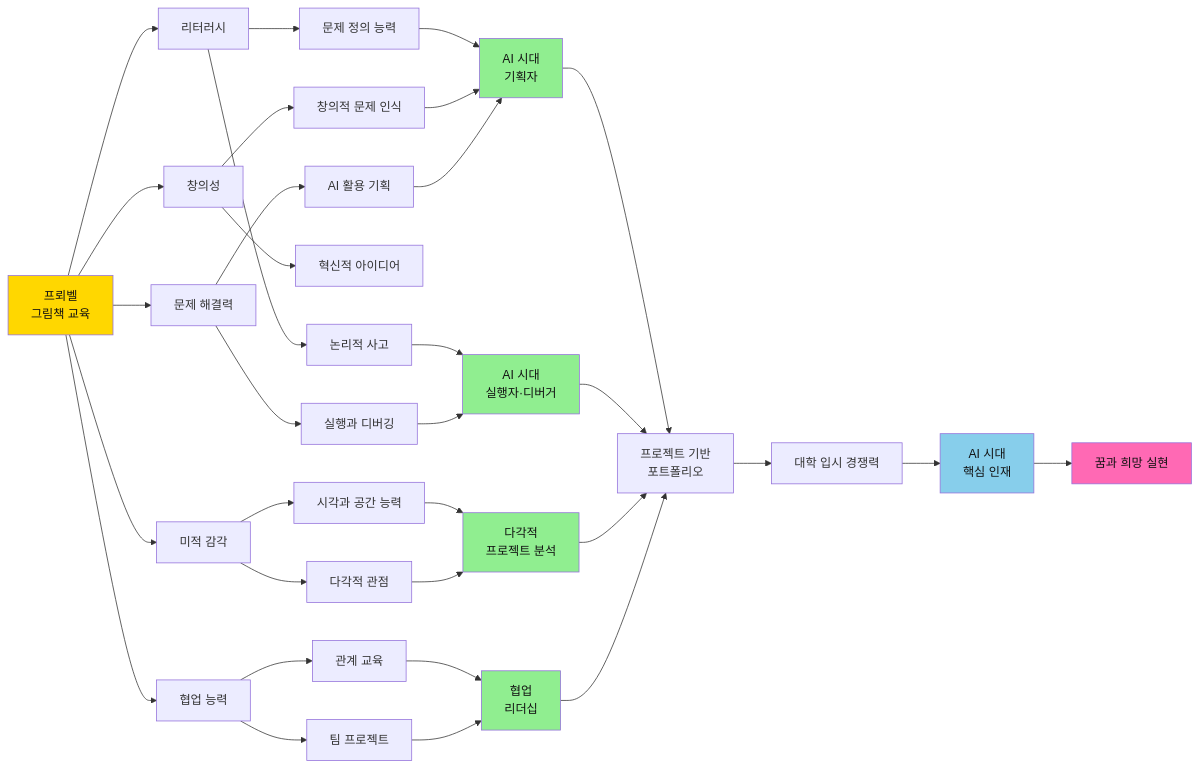
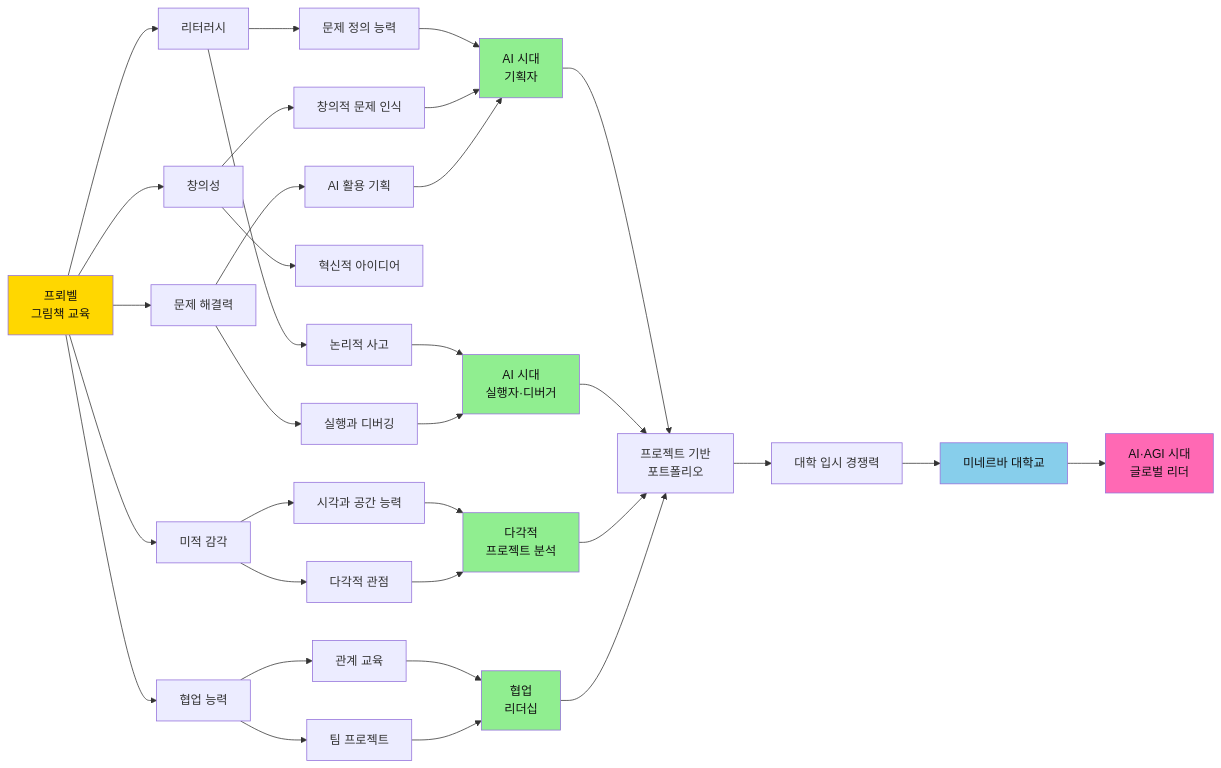
One commit to Collegenie-X/froebel changed diagram 43 of 47 in 2단계_유아초등교육커리큘럼.md. Above: the diagram before and after it, drawn with Mermaid. The commit also changed other lines of this file, not shown here.

````diff
--- a/2단계_유아초등교육커리큘럼.md
+++ b/2단계_유아초등교육커리큘럼.md
@@ -1439,53 +2151,53 @@
 ```mermaid
 graph LR
     A[프뢰벨<br/>그림책 교육] --> B[리터러시]
     A --> C[창의성]
     A --> D[미적 감각]
     A --> E[문제 해결력]
     A --> F[협업 능력]
     
     B --> G[문제 정의 능력]
     B --> H[논리적 사고]
     
     C --> I[창의적 문제 인식]
     C --> J[혁신적 아이디어]
     
     D --> K[시각과 공간 능력]
     D --> L[다각적 관점]
     
     E --> M[AI 활용 기획]
     E --> N[실행과 디버깅]
     
     F --> O[관계 교육]
     F --> P[팀 프로젝트]
     
     G --> Q[AI 시대<br/>기획자]
     I --> Q
     M --> Q
     
     H --> R[AI 시대<br/>실행자·디버거]
     N --> R
     
     K --> S[다각적<br/>프로젝트 분석]
     L --> S
     
     O --> T[협업<br/>리더십]
     P --> T
     
     Q --> U[프로젝트 기반<br/>포트폴리오]
     R --> U
     S --> U
     T --> U
     
     U --> V[대학 입시 경쟁력]
-    V --> W[AI 시대<br/>핵심 인재]
-    W --> X[꿈과 희망 실현]
+    V --> W[미네르바 대학교]
+    W --> X[AI·AGI 시대<br/>글로벌 리더]
     
     style A fill:#FFD700,color:#111
     style Q fill:#90EE90,color:#111
     style R fill:#90EE90,color:#111
     style S fill:#90EE90,color:#111
     style T fill:#90EE90,color:#111
     style W fill:#87CEEB,color:#111
     style X fill:#FF69B4,color:#111
 ```
````
